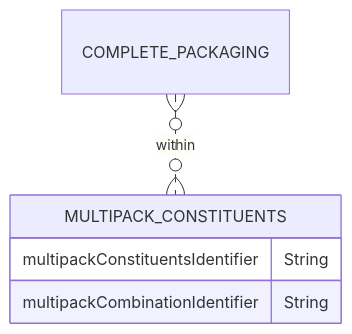
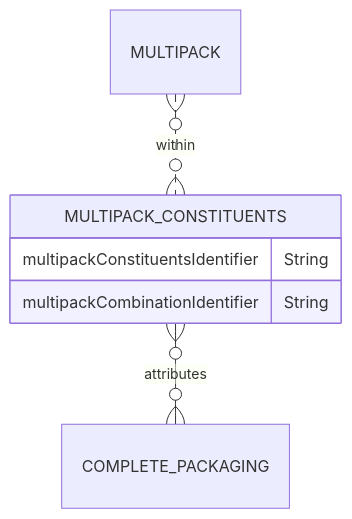
The diagram in docs/6_Relationship_Lists/6_004_Multipack_Constituents.md (OpenDataManchester/Open3P), drawn with Mermaid before and after one commit. The commit also changed 2 other files, not shown here.

Commit message:
Improving relationship list diagrams

````diff
--- a/docs/6_Relationship_Lists/6_004_Multipack_Constituents.md
+++ b/docs/6_Relationship_Lists/6_004_Multipack_Constituents.md
@@ -18,9 +18,10 @@
 ``` mermaid
 erDiagram
 
-  COMPLETE_PACKAGING }o..o{ MULTIPACK_CONSTITUENTS : within
+  MULTIPACK }o..o{ MULTIPACK_CONSTITUENTS : within
   MULTIPACK_CONSTITUENTS {
     multipackConstituentsIdentifier String
     multipackCombinationIdentifier String
   }
+  MULTIPACK_CONSTITUENTS }o--o{ COMPLETE_PACKAGING : attributes
 ```
````
